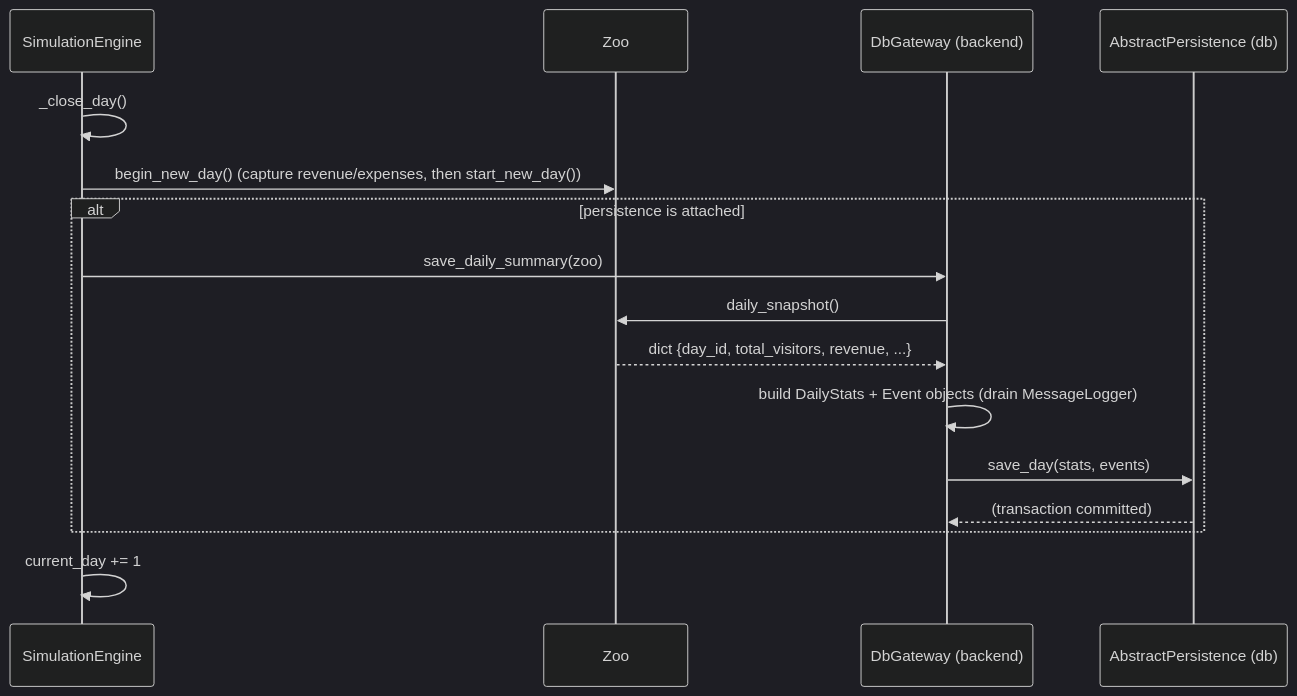
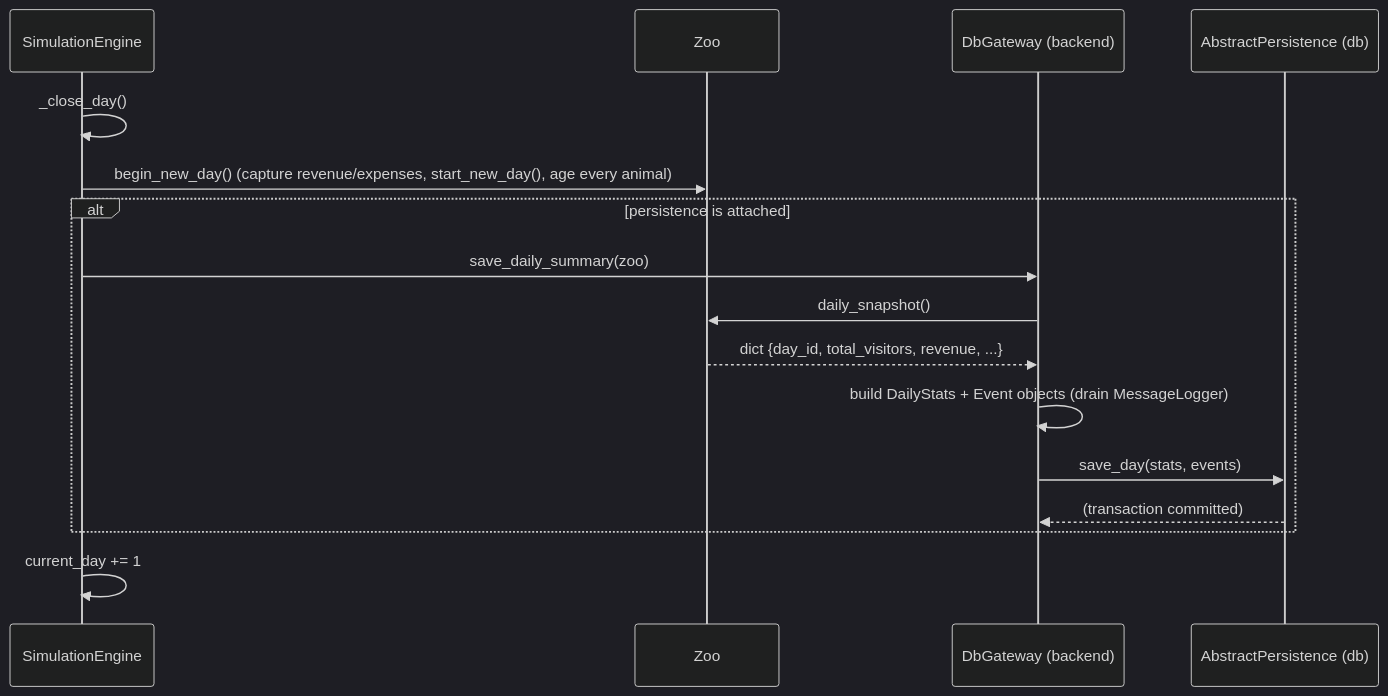
The third of 3 diagrams in backend/docs/sequence_diagrams.md (justforaprogramm/vivizoo), drawn with Mermaid (dark theme) before and after one commit. The commit also changed other lines of this file and 18 other files, not shown here.

````diff
--- a/backend/docs/sequence_diagrams.md
+++ b/backend/docs/sequence_diagrams.md
@@ -103,19 +106,19 @@
 ```mermaid
 sequenceDiagram
     participant E as SimulationEngine
     participant Z as Zoo
     participant G as DbGateway (backend)
     participant P as AbstractPersistence (db)
 
     E->>E: _close_day()
-    E->>Z: begin_new_day()   (capture revenue/expenses, then start_new_day())
+    E->>Z: begin_new_day()   (capture revenue/expenses, start_new_day(), age every animal)
     alt persistence is attached
         E->>G: save_daily_summary(zoo)
         G->>Z: daily_snapshot()
         Z-->>G: dict {day_id, total_visitors, revenue, ...}
         G->>G: build DailyStats + Event objects (drain MessageLogger)
         G->>P: save_day(stats, events)
         P-->>G: (transaction committed)
     end
     E->>E: current_day += 1
 ```
````
